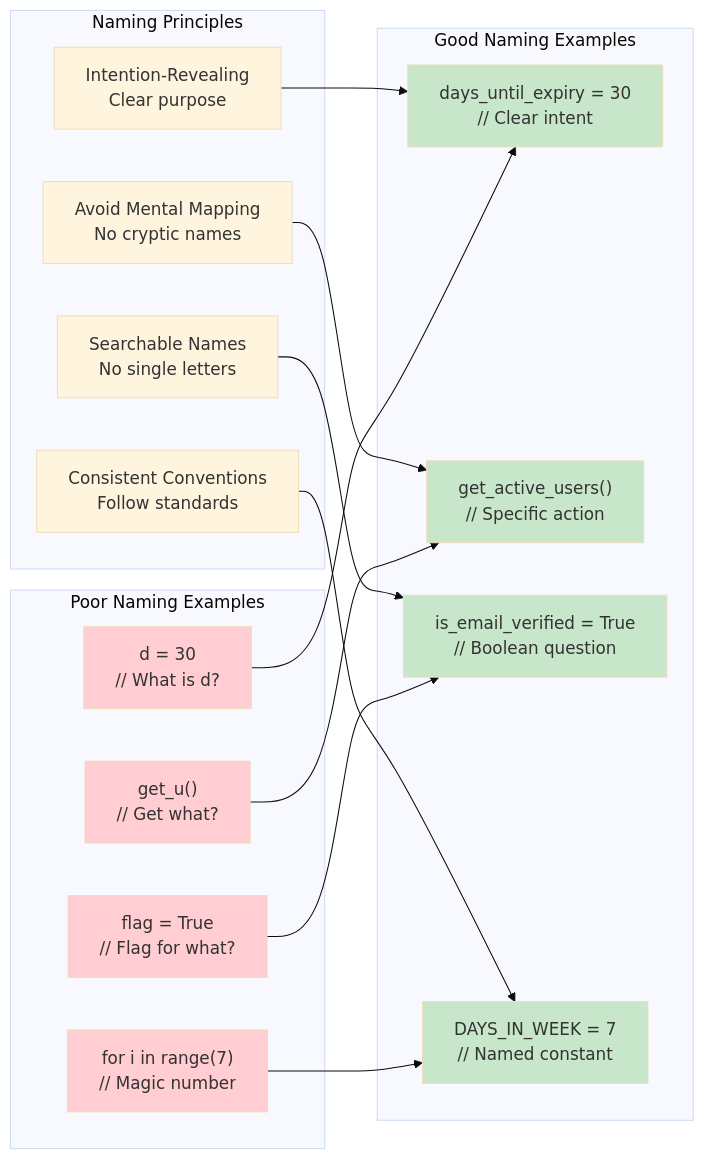
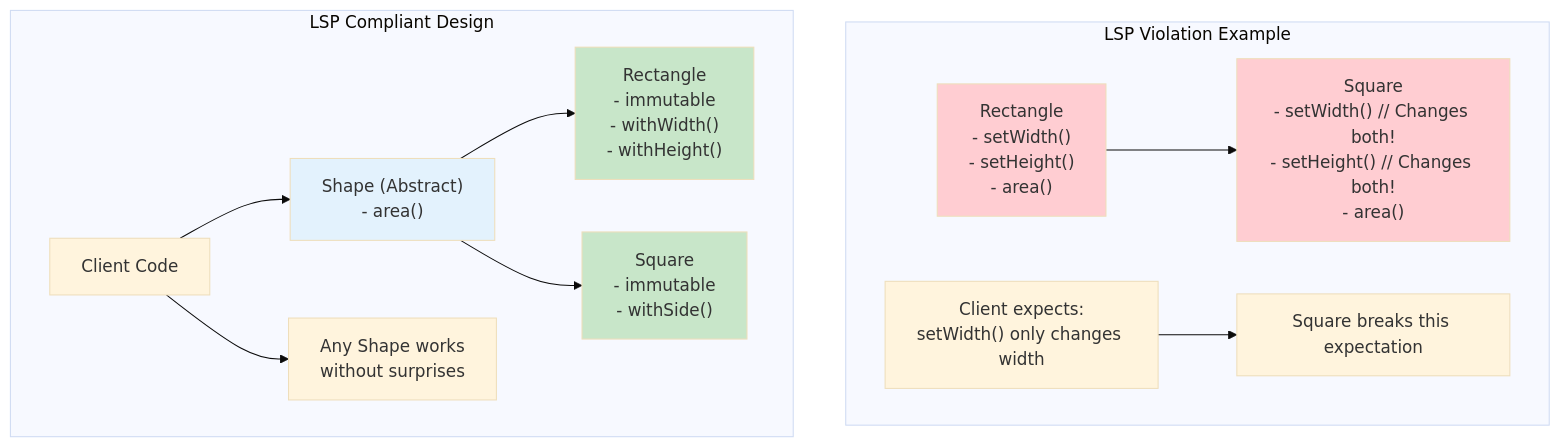
Before and after one commit to hunkim/VibeSoftwareEngineering: the fourth of 4 diagrams in chapters/chapter-05.md, drawn with Mermaid (base theme). The commit also changed other lines of this file and 17 other files, not shown here.

````diff
--- a/chapters/chapter-05.md
+++ b/chapters/chapter-05.md
@@ -145,42 +389,25 @@
 ```mermaid
-graph LR
-    subgraph "Naming Principles"
-        A["Intention-Revealing<br/>Clear purpose"]
-        B["Avoid Mental Mapping<br/>No cryptic names"]
-        C["Searchable Names<br/>No single letters"]
-        D["Consistent Conventions<br/>Follow standards"]
+graph TD
+    subgraph "LSP Violation Example"
+        A["Rectangle<br/>- setWidth()<br/>- setHeight()<br/>- area()"]
+        B["Square<br/>- setWidth() // Changes both!<br/>- setHeight() // Changes both!<br/>- area()"]
+        A --> B
+        C["Client expects:<br/>setWidth() only changes width"] --> D["Square breaks this expectation"]
     end
     
-    subgraph "Poor Naming Examples"
-        E["d = 30<br/>// What is d?"]
-        F["get_u()<br/>// Get what?"]
-        G["flag = True<br/>// Flag for what?"]
-        H["for i in range(7)<br/>// Magic number"]
+    subgraph "LSP Compliant Design"
+        E["Shape (Abstract)<br/>- area()"]
+        F["Rectangle<br/>- immutable<br/>- withWidth()<br/>- withHeight()"]
+        G["Square<br/>- immutable<br/>- withSide()"]
+        E --> F
+        E --> G
+        H["Client Code"] --> E
+        H --> I["Any Shape works<br/>without surprises"]
     end
     
-    subgraph "Good Naming Examples"
-        I["days_until_expiry = 30<br/>// Clear intent"]
-        J["get_active_users()<br/>// Specific action"]
-        K["is_email_verified = True<br/>// Boolean question"]
-        L["DAYS_IN_WEEK = 7<br/>// Named constant"]
-    end
-    
-    A --> I
-    B --> J
-    C --> K
-    D --> L
-    
-    E --> I
-    F --> J
-    G --> K
-    H --> L
-    
-    style E fill:#ffcdd2
-    style F fill:#ffcdd2
-    style G fill:#ffcdd2
-    style H fill:#ffcdd2
-    style I fill:#c8e6c9
-    style J fill:#c8e6c9
-    style K fill:#c8e6c9
-    style L fill:#c8e6c9
+    style A fill:#ffcdd2
+    style B fill:#ffcdd2
+    style E fill:#e3f2fd
+    style F fill:#c8e6c9
+    style G fill:#c8e6c9
 ```
````
